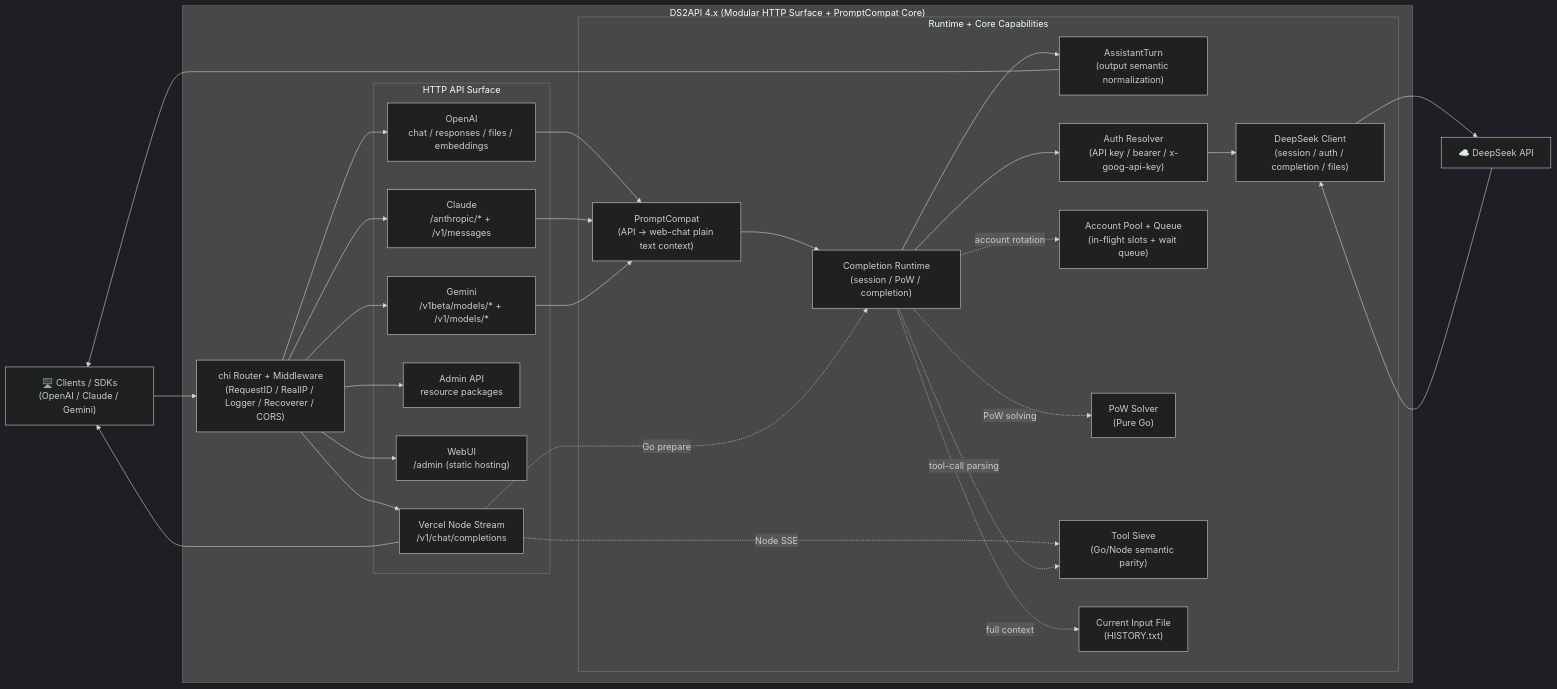
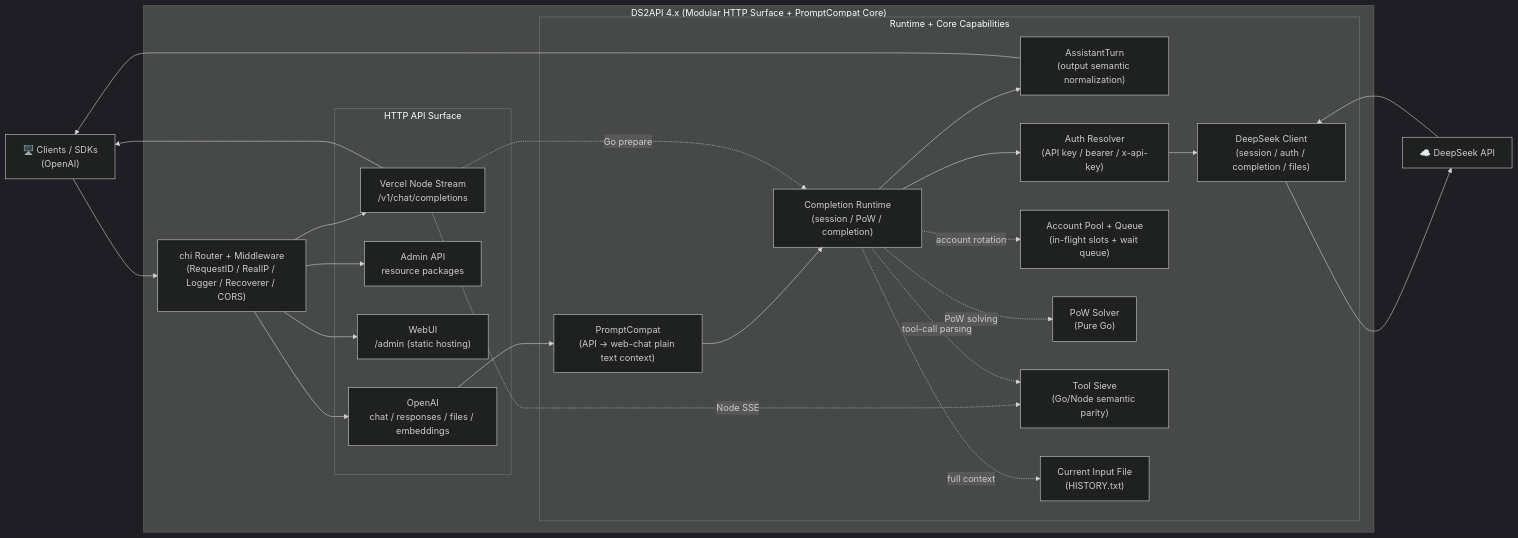
The diagram in README.en.md (ikun5200/ds2api), drawn with Mermaid (dark theme) before and after one commit. The commit also changed other lines of this file and 131 other files, not shown here.

First line of the commit message:
feat: remove Claude and Gemini protocol adapters, clean up dead code

````diff
--- a/README.en.md
+++ b/README.en.md
@@ -65,53 +63,50 @@
 ```mermaid
 flowchart LR
-    Client["🖥️ Clients / SDKs\n(OpenAI / Claude / Gemini)"]
+    Client["🖥️ Clients / SDKs\n(OpenAI)"]
     Upstream["☁️ DeepSeek API"]
 
     subgraph DS2API["DS2API 4.x (Modular HTTP Surface + PromptCompat Core)"]
         Router["chi Router + Middleware\n(RequestID / RealIP / Logger / Recoverer / CORS)"]
 
         subgraph HTTP["HTTP API Surface"]
             OA["OpenAI\nchat / responses / files / embeddings"]
-            CA["Claude\n/anthropic/* + /v1/messages"]
-            GA["Gemini\n/v1beta/models/* + /v1/models/*"]
             Admin["Admin API\nresource packages"]
             WebUI["WebUI\n/admin (static hosting)"]
             Vercel["Vercel Node Stream\n/v1/chat/completions"]
         end
 
         subgraph Runtime["Runtime + Core Capabilities"]
             Compat["PromptCompat\n(API -> web-chat plain text context)"]
             Completion["Completion Runtime\n(session / PoW / completion)"]
             Turn["AssistantTurn\n(output semantic normalization)"]
-            Auth["Auth Resolver\n(API key / bearer / x-goog-api-key)"]
+            Auth["Auth Resolver\n(API key / bearer / x-api-key)"]
             Pool["Account Pool + Queue\n(in-flight slots + wait queue)"]
             DSClient["DeepSeek Client\n(session / auth / completion / files)"]
             Pow["PoW Solver\n(Pure Go)"]
             Tool["Tool Sieve\n(Go/Node semantic parity)"]
             History["Current Input File\n(HISTORY.txt)"]
         end
     end
 
     Client --> Router
-    Router --> OA & CA & GA
+    Router --> OA
     Router --> Admin
     Router --> WebUI
     Router --> Vercel
 
     OA --> Compat
-    CA & GA --> Compat
     Compat --> Completion
     Completion -.full context.-> History
     Completion --> Turn
     Vercel -.Go prepare.-> Completion
     Vercel -.Node SSE.-> Tool
     Completion --> Auth
     Completion -.account rotation.-> Pool
     Completion -.tool-call parsing.-> Tool
     Completion -.PoW solving.-> Pow
     Auth --> DSClient
     DSClient --> Upstream
     Upstream --> DSClient
     Turn --> Client
     Vercel --> Client
 ```
````
